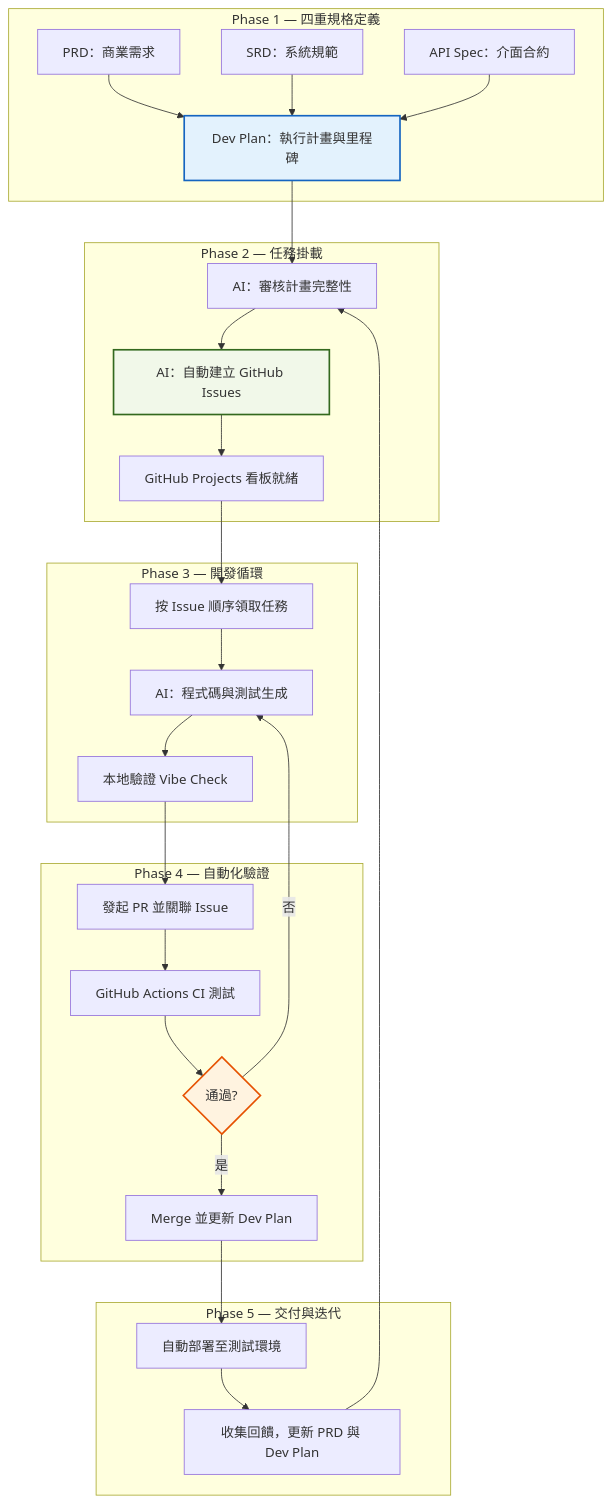
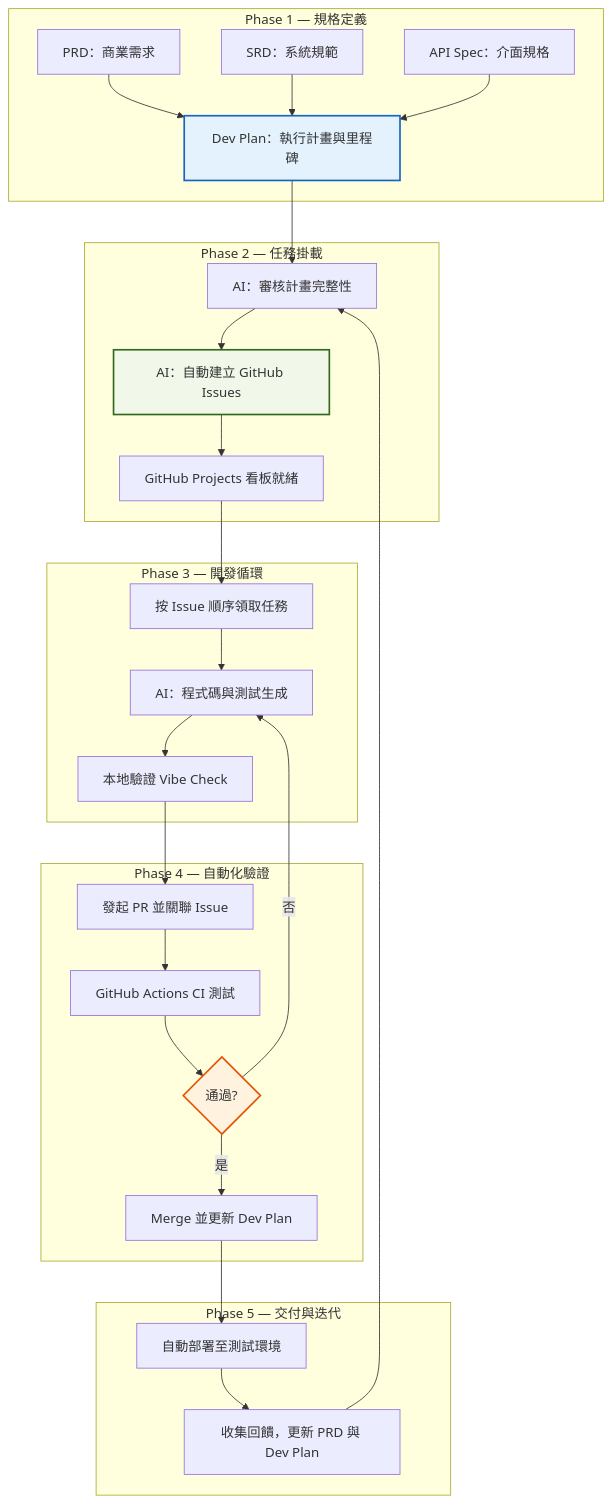
Before and after one commit to robin-li/Vibe-SDLC: the first of 2 diagrams in Vibe-SDLC.md, drawn with Mermaid. The commit also changed other lines of this file and 2 other files, not shown here.

````diff
--- a/Vibe-SDLC.md
+++ b/Vibe-SDLC.md
@@ -20,39 +56,39 @@
 ```mermaid
 graph TD
-    subgraph "Phase 1 — 四重規格定義"
+    subgraph "Phase 1 — 規格定義"
         A1[PRD：商業需求] --> A4
         A2[SRD：系統規範] --> A4
-        A3[API Spec：介面合約] --> A4
+        A3[API Spec：介面規格] --> A4
         A4[Dev Plan：執行計畫與里程碑]
     end
 
     subgraph "Phase 2 — 任務掛載"
         A4 --> B1[AI：審核計畫完整性]
         B1 --> B2[AI：自動建立 GitHub Issues]
         B2 --> B3[GitHub Projects 看板就緒]
     end
 
     subgraph "Phase 3 — 開發循環"
         B3 --> C1[按 Issue 順序領取任務]
         C1 --> C2[AI：程式碼與測試生成]
         C2 --> C3[本地驗證 Vibe Check]
     end
 
     subgraph "Phase 4 — 自動化驗證"
         C3 --> D1[發起 PR 並關聯 Issue]
         D1 --> D2[GitHub Actions CI 測試]
         D2 --> D3{通過?}
         D3 -- 是 --> D4[Merge 並更新 Dev Plan]
         D3 -- 否 --> C2
     end
 
     subgraph "Phase 5 — 交付與迭代"
         D4 --> E1[自動部署至測試環境]
         E1 --> E2[收集回饋，更新 PRD 與 Dev Plan]
         E2 --> B1
     end
 
     style A4 fill:#e3f2fd,stroke:#1565c0,stroke-width:2px
     style B2 fill:#f1f8e9,stroke:#33691e,stroke-width:2px
     style D3 fill:#fff3e0,stroke:#e65100,stroke-width:2px
 ```
````
